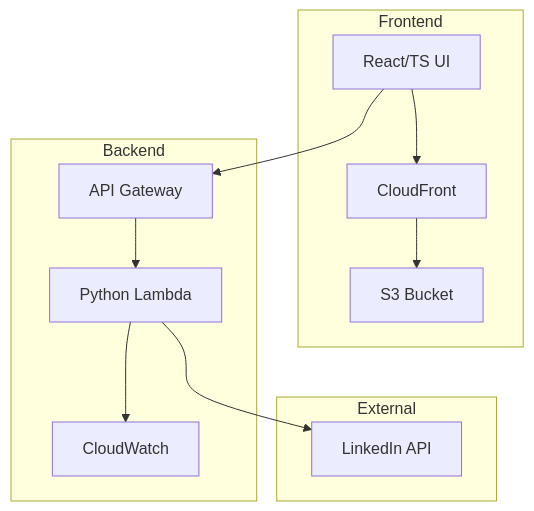
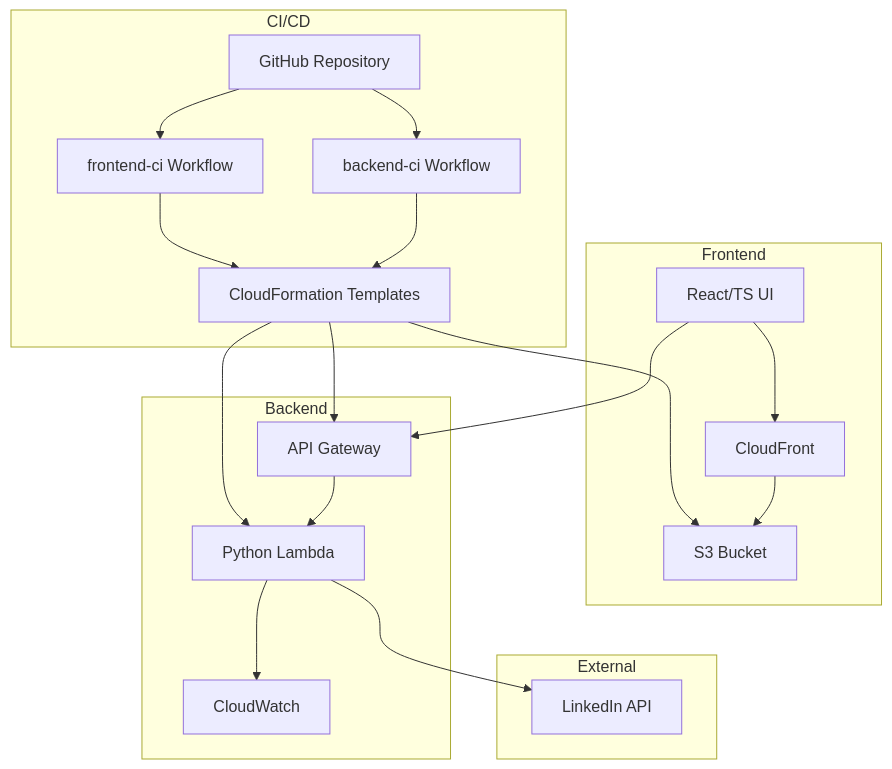
Before and after one commit to jamesgarner-me/queens-solver: the second of 4 diagrams in memory-bank/systemPatterns.md, drawn with Mermaid. The commit also changed other lines of this file and 2 other files, not shown here.

````diff
--- a/memory-bank/systemPatterns.md
+++ b/memory-bank/systemPatterns.md
@@ -146,25 +165,39 @@
 ```mermaid
 graph TD
+    subgraph "CI/CD"
+        GH[GitHub Repository]
+        FECI[frontend-ci Workflow]
+        BECI[backend-ci Workflow]
+        CFN[CloudFormation Templates]
+    end
+    
     subgraph Frontend
         UI[React/TS UI]
         S3[S3 Bucket]
         CF[CloudFront]
     end
     
     subgraph Backend
         API[API Gateway]
         Lambda[Python Lambda]
         CW[CloudWatch]
     end
     
     subgraph External
         LinkedIn[LinkedIn API]
     end
     
+    GH --> FECI
+    GH --> BECI
+    FECI --> CFN
+    BECI --> CFN
+    CFN --> S3
+    CFN --> Lambda
+    CFN --> API
     UI --> CF
     CF --> S3
     UI --> API
     API --> Lambda
     Lambda --> CW
     Lambda --> LinkedIn
 ```
````
